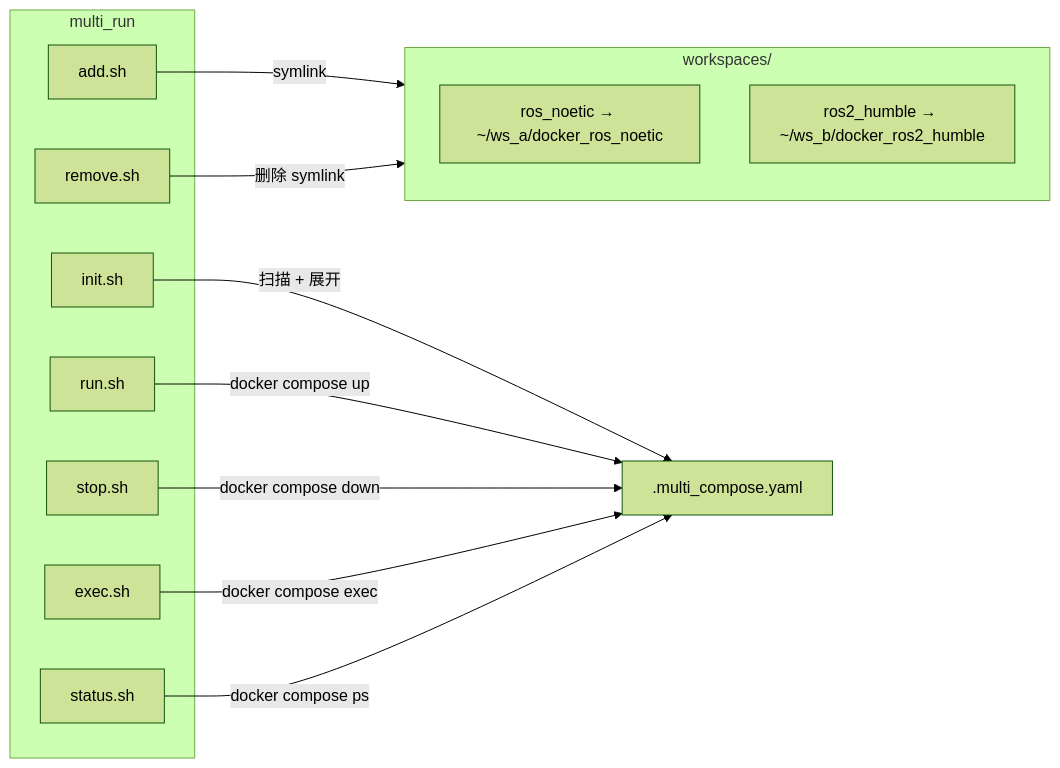
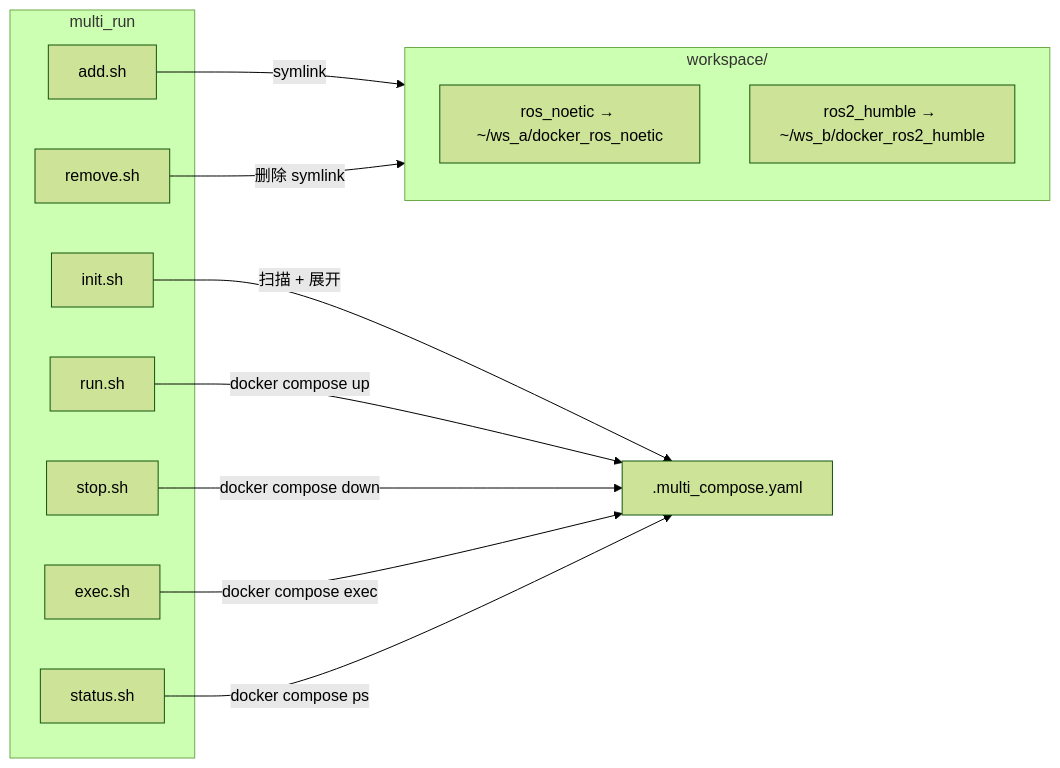
The diagram in doc/readme/README.zh-CN.md (ycpss91255-docker/multi_run), drawn with Mermaid (forest theme) before and after one commit. The commit also changed other lines of this file and 19 other files, not shown here.

First line of the commit message:
refactor: rename scripts/ → script/, workspaces/ → workspace/

````diff
--- a/doc/readme/README.zh-CN.md
+++ b/doc/readme/README.zh-CN.md
@@ -34,25 +34,25 @@
 ```mermaid
 flowchart LR
     subgraph multi_run
         add["add.sh"]
         init["init.sh"]
         run["run.sh"]
         stop["stop.sh"]
         exec["exec.sh"]
         status["status.sh"]
         remove["remove.sh"]
     end
 
-    subgraph workspaces["workspaces/"]
+    subgraph workspace["workspace/"]
         ws_a["ros_noetic → ~/ws_a/docker_ros_noetic"]
         ws_b["ros2_humble → ~/ws_b/docker_ros2_humble"]
     end
 
-    add -->|"symlink"| workspaces
+    add -->|"symlink"| workspace
     init -->|"扫描 + 展开"| compose[".multi_compose.yaml"]
     run -->|"docker compose up"| compose
     stop -->|"docker compose down"| compose
     exec -->|"docker compose exec"| compose
     status -->|"docker compose ps"| compose
-    remove -->|"删除 symlink"| workspaces
+    remove -->|"删除 symlink"| workspace
 ```
````
